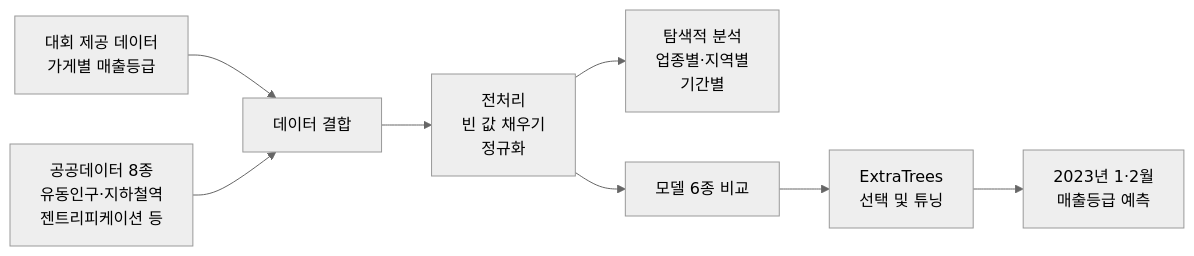
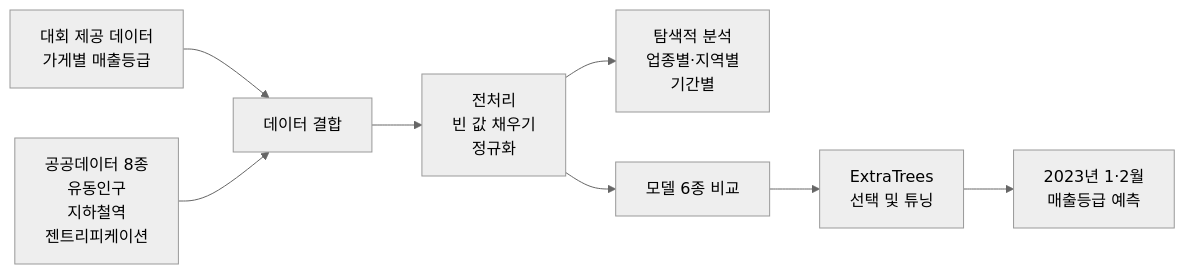
One commit to mjk022/portfolio changed the diagram in 예상매출등급/README.md. Above: the diagram before and after it, drawn with Mermaid (neutral theme). The commit also changed 5 other files, not shown here.

Commit message:
README 다이어그램 라벨을 8자 이내 줄로 나눠 글자 단위 줄바꿈 방지

````diff
--- a/예상매출등급/README.md
+++ b/예상매출등급/README.md
@@ -30,10 +30,10 @@
 ```mermaid
 flowchart LR
     A[대회 제공 데이터<br/>가게별 매출등급] --> C[데이터 결합]
-    B[공공데이터 8종<br/>유동인구·지하철역<br/>젠트리피케이션 등] --> C
+    B[공공데이터 8종<br/>유동인구<br/>지하철역<br/>젠트리피케이션] --> C
     C --> D[전처리<br/>빈 값 채우기<br/>정규화]
     D --> E[탐색적 분석<br/>업종별·지역별<br/>기간별]
     D --> F[모델 6종 비교]
     F --> G[ExtraTrees<br/>선택 및 튜닝]
     G --> H[2023년 1·2월<br/>매출등급 예측]
 ```
````
